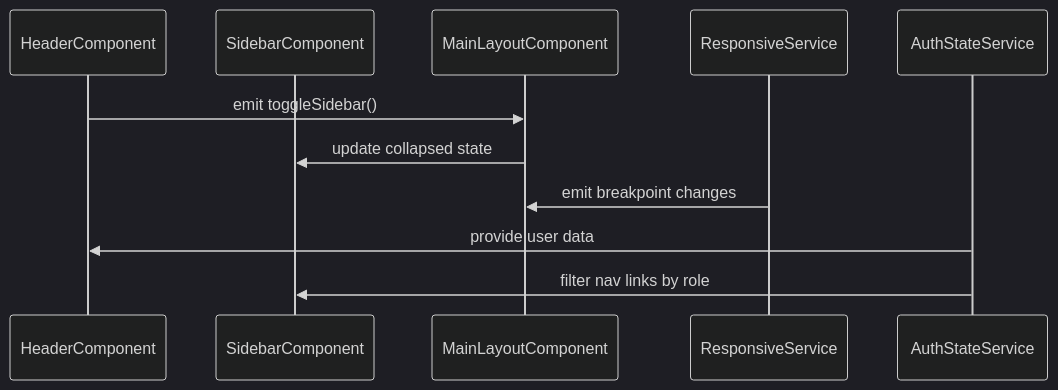
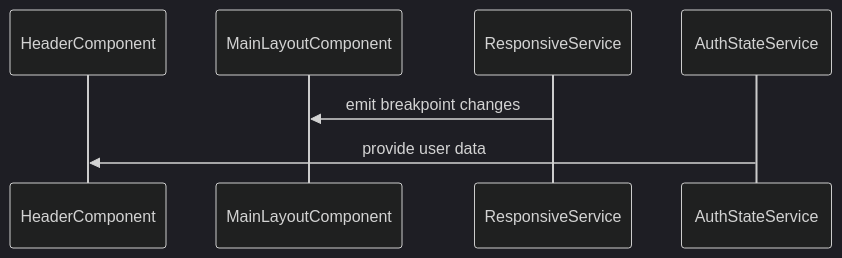
The third of 3 diagrams in docs/frontend/main-layout-components.md (bprof-spec-codes/codelingo), drawn with Mermaid (dark theme) before and after one commit. The commit also changed other lines of this file, not shown here.

Commit message:
Updated main layout doc

````diff
--- a/docs/frontend/main-layout-components.md
+++ b/docs/frontend/main-layout-components.md
@@ -92,14 +78,9 @@
 ```mermaid
 sequenceDiagram
 participant Header as HeaderComponent
-participant Sidebar as SidebarComponent
 participant Layout as MainLayoutComponent
 participant Responsive as ResponsiveService
 participant Auth as AuthStateService
-
-Header ->> Layout: emit toggleSidebar()
-Layout ->> Sidebar: update collapsed state
 Responsive ->> Layout: emit breakpoint changes
 Auth ->> Header: provide user data
-Auth ->> Sidebar: filter nav links by role
 ```
````
